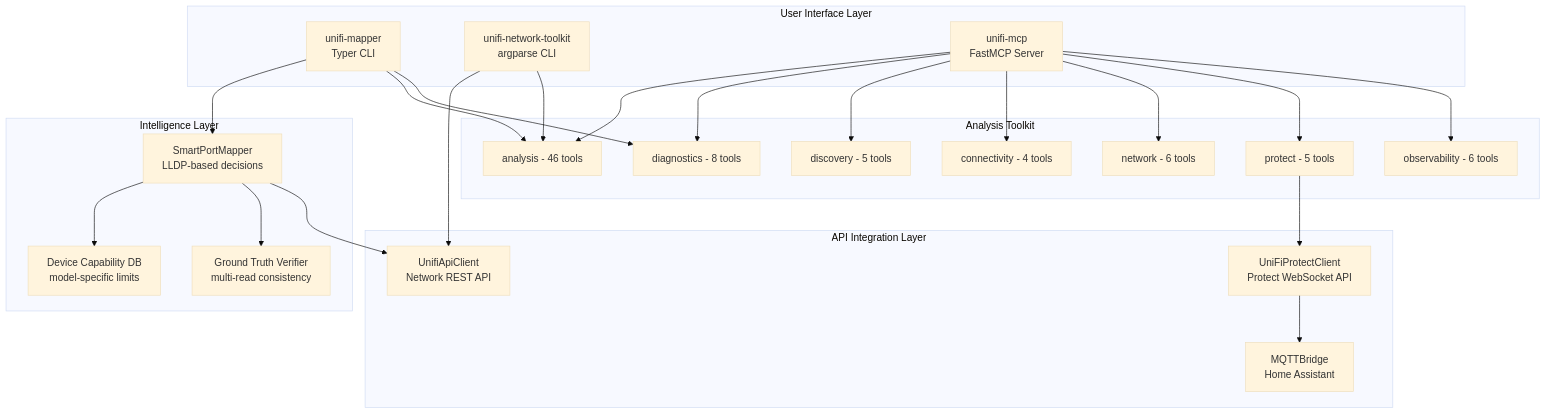
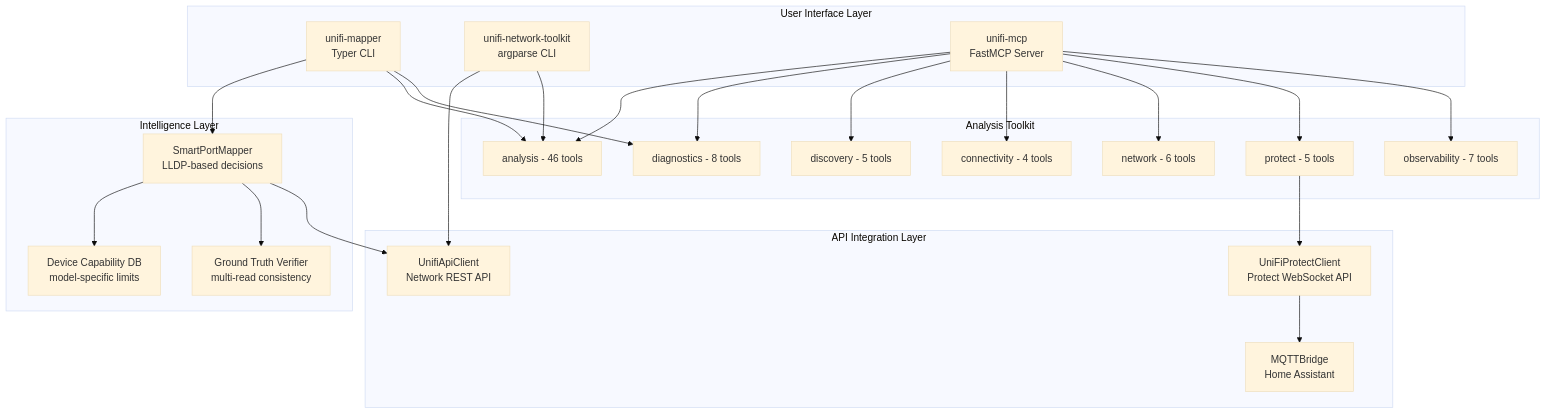
One commit to NetDevAutomate/unifi_management_cli changed diagram 20 of 20 in docs/guides/use-cases-and-howto.md. Above: the diagram before and after it, drawn with Mermaid (base theme). The commit also changed other lines of this file and 16 other files, not shown here.

````diff
--- a/docs/guides/use-cases-and-howto.md
+++ b/docs/guides/use-cases-and-howto.md
@@ -1821,50 +1821,50 @@
 ```mermaid
 flowchart TB
     subgraph UI["User Interface Layer"]
         A[unifi-mapper<br/>Typer CLI]
         B[unifi-network-toolkit<br/>argparse CLI]
         C[unifi-mcp<br/>FastMCP Server]
     end
 
     subgraph Intel["Intelligence Layer"]
         D[SmartPortMapper<br/>LLDP-based decisions]
         E[Device Capability DB<br/>model-specific limits]
         F[Ground Truth Verifier<br/>multi-read consistency]
     end
 
     subgraph Analysis["Analysis Toolkit"]
         G[analysis - 46 tools]
         H[diagnostics - 8 tools]
         I[discovery - 5 tools]
         J[connectivity - 4 tools]
         K[network - 6 tools]
         L[protect - 5 tools]
-        P[observability - 6 tools]
+        P[observability - 7 tools]
     end
 
     subgraph API["API Integration Layer"]
         M[UnifiApiClient<br/>Network REST API]
         N[UniFiProtectClient<br/>Protect WebSocket API]
         O[MQTTBridge<br/>Home Assistant]
     end
 
     A --> D
     A --> G
     A --> H
     B --> M
     B --> G
     C --> G
     C --> H
     C --> I
     C --> J
     C --> K
     C --> L
     C --> P
 
     D --> E
     D --> F
     D --> M
 
     L --> N
     N --> O
 ```
````
